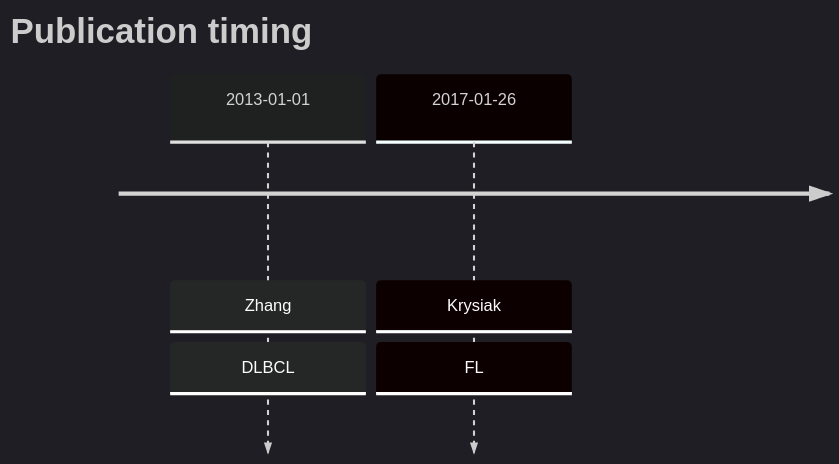
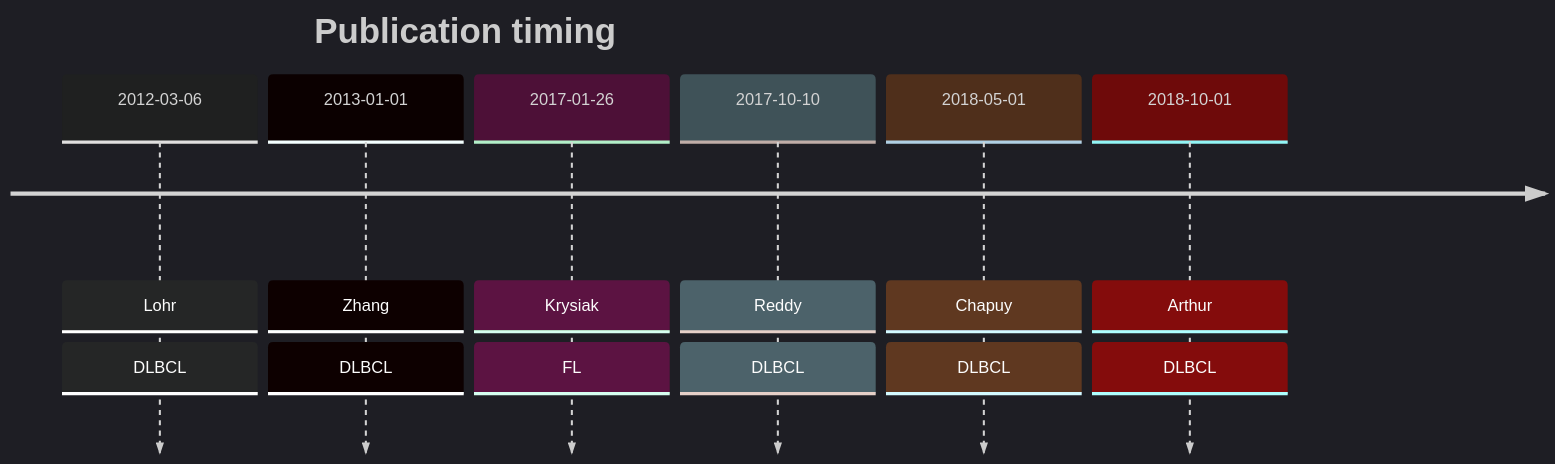
The diagram in POU2F2.md (morinlab/lymphopedia), drawn with Mermaid before and after one commit. The commit also changed other lines of this file, not shown here.

Commit message:
update tables

````diff
--- a/POU2F2.md
+++ b/POU2F2.md
@@ -9,7 +9,12 @@
 ```mermaid
 %%{init: { 'logLevel': 'debug', 'theme': 'dark' } }%%
 timeline
     title Publication timing
-      2013-01-01 : Zhang : DLBCL
-      2017-01-26 : Krysiak : FL
+      
+      2012-03-06 : Lohr : DLBCL
+2013-01-01 : Zhang : DLBCL
+2017-01-26 : Krysiak : FL
+2017-10-10 : Reddy : DLBCL
+2018-05-01 : Chapuy : DLBCL
+2018-10-01 : Arthur : DLBCL
 ```
````
